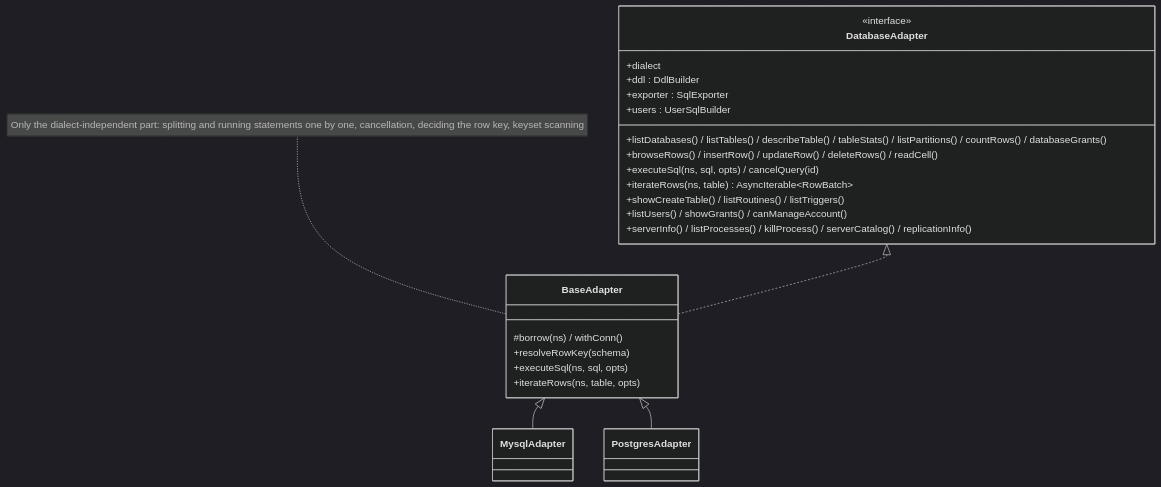
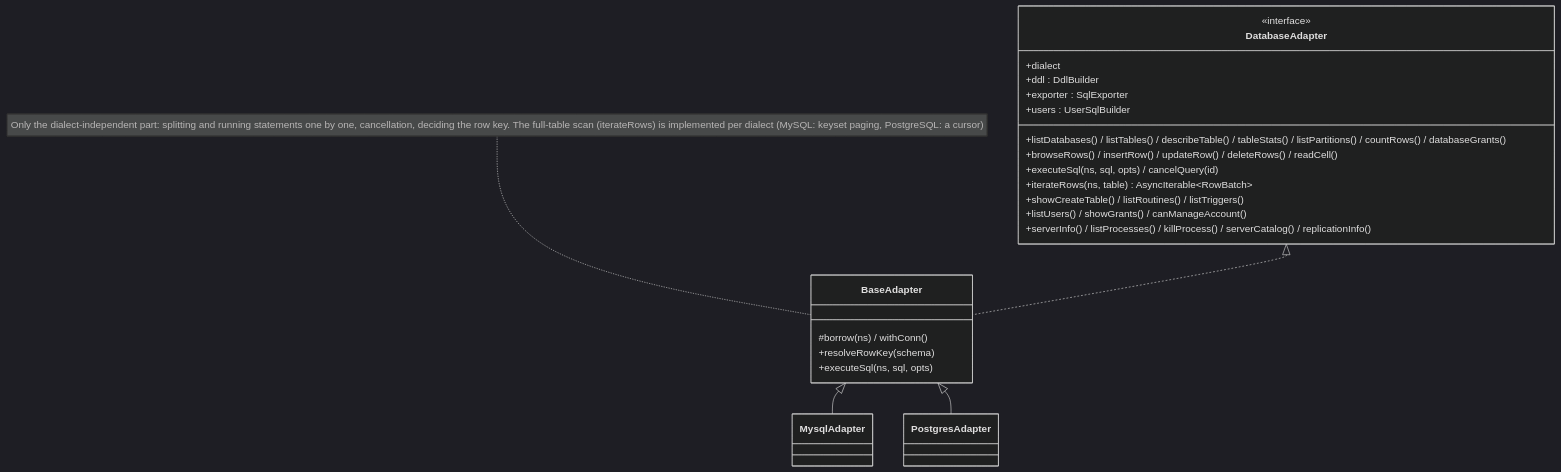
Before and after one commit to ip-san/tsmyadmin: the third of 11 diagrams in docs/en/architecture.md, drawn with Mermaid (dark theme). The commit also changed other lines of this file and 3 other files, not shown here.

First line of the commit message:
refactor(adapter): BaseAdapter.iterateRows を abstract にし、MySQL のキーセット走査を MysqlAdapter へ移す

````diff
--- a/docs/en/architecture.md
+++ b/docs/en/architecture.md
@@ -74,29 +74,28 @@
 ```mermaid
 classDiagram
   class DatabaseAdapter {
     <<interface>>
     +dialect
     +listDatabases() / listTables() / describeTable() / tableStats() / listPartitions() / countRows() / databaseGrants()
     +browseRows() / insertRow() / updateRow() / deleteRows() / readCell()
     +executeSql(ns, sql, opts) / cancelQuery(id)
     +iterateRows(ns, table) AsyncIterable~RowBatch~
     +showCreateTable() / listRoutines() / listTriggers()
     +listUsers() / showGrants() / canManageAccount()
     +serverInfo() / listProcesses() / killProcess() / serverCatalog() / replicationInfo()
     +ddl : DdlBuilder
     +exporter : SqlExporter
     +users : UserSqlBuilder
   }
   class BaseAdapter {
     #borrow(ns) / withConn()
     +resolveRowKey(schema)
     +executeSql(ns, sql, opts)
-    +iterateRows(ns, table, opts)
   }
-  note for BaseAdapter "Only the dialect-independent part: splitting and running statements one by one, cancellation, deciding the row key, keyset scanning"
+  note for BaseAdapter "Only the dialect-independent part: splitting and running statements one by one, cancellation, deciding the row key. The full-table scan (iterateRows) is implemented per dialect (MySQL: keyset paging, PostgreSQL: a cursor)"
   class MysqlAdapter
   class PostgresAdapter
   DatabaseAdapter <|.. BaseAdapter
   BaseAdapter <|-- MysqlAdapter
   BaseAdapter <|-- PostgresAdapter
 ```
````
